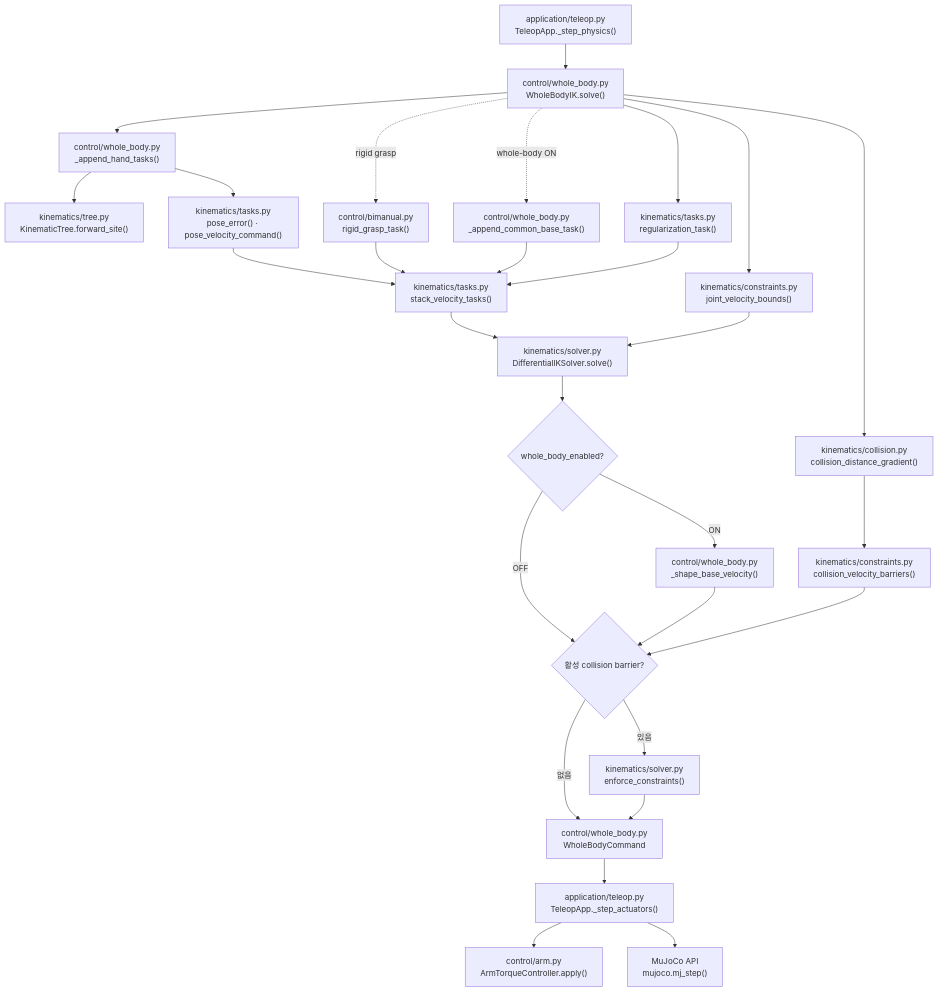
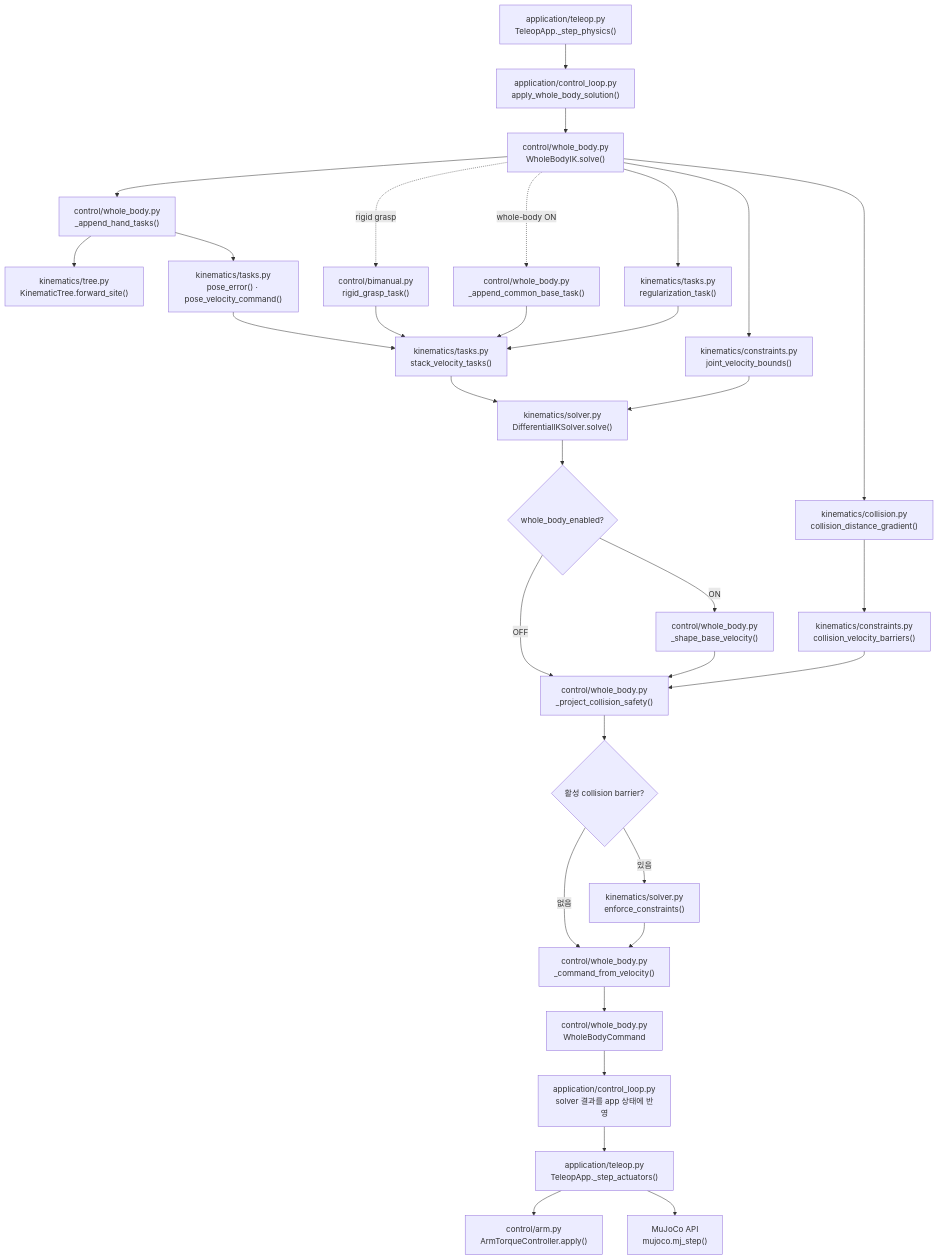
The diagram in docs/guide/whole_body_ik.md (Geonhee-LEE/aiworker-mj-lab), drawn with Mermaid before and after one commit. The commit also changed other lines of this file and 18 other files, not shown here.

````diff
--- a/docs/guide/whole_body_ik.md
+++ b/docs/guide/whole_body_ik.md
@@ -187,30 +189,34 @@
 ```mermaid
 flowchart TD
-    APP["application/teleop.py<br>TeleopApp._step_physics()"] --> SOLVE["control/whole_body.py<br>WholeBodyIK.solve()"]
+    APP["application/teleop.py<br>TeleopApp._step_physics()"] --> CALL["application/control_loop.py<br>apply_whole_body_solution()"]
+    CALL --> SOLVE["control/whole_body.py<br>WholeBodyIK.solve()"]
     SOLVE --> HAND["control/whole_body.py<br>_append_hand_tasks()"]
     HAND --> FK["kinematics/tree.py<br>KinematicTree.forward_site()"]
     HAND --> TASK["kinematics/tasks.py<br>pose_error() · pose_velocity_command()"]
     SOLVE -. rigid grasp .-> RIGID["control/bimanual.py<br>rigid_grasp_task()"]
     SOLVE -. whole-body ON .-> BASE["control/whole_body.py<br>_append_common_base_task()"]
     SOLVE --> REG["kinematics/tasks.py<br>regularization_task()"]
     TASK --> STACK["kinematics/tasks.py<br>stack_velocity_tasks()"]
     RIGID --> STACK
     BASE --> STACK
     REG --> STACK
     SOLVE --> BOUNDS["kinematics/constraints.py<br>joint_velocity_bounds()"]
     STACK --> NUM["kinematics/solver.py<br>DifferentialIKSolver.solve()"]
     BOUNDS --> NUM
     NUM --> WB{"whole_body_enabled?"}
     WB -->|ON| SHAPE["control/whole_body.py<br>_shape_base_velocity()"]
-    WB -->|OFF| ACTIVE
+    WB -->|OFF| PROJECT
     SOLVE --> COLL["kinematics/collision.py<br>collision_distance_gradient()"]
     COLL --> CBF["kinematics/constraints.py<br>collision_velocity_barriers()"]
-    SHAPE --> ACTIVE{"활성 collision barrier?"}
-    CBF --> ACTIVE
+    SHAPE --> PROJECT["control/whole_body.py<br>_project_collision_safety()"]
+    CBF --> PROJECT
+    PROJECT --> ACTIVE{"활성 collision barrier?"}
     ACTIVE -->|있음| SAFE["kinematics/solver.py<br>enforce_constraints()"]
-    ACTIVE -->|없음| CMD["control/whole_body.py<br>WholeBodyCommand"]
-    SAFE --> CMD
-    CMD --> ACT["application/teleop.py<br>TeleopApp._step_actuators()"]
+    ACTIVE -->|없음| BUILD["control/whole_body.py<br>_command_from_velocity()"]
+    SAFE --> BUILD
+    BUILD --> CMD["control/whole_body.py<br>WholeBodyCommand"]
+    CMD --> APPLY["application/control_loop.py<br>solver 결과를 app 상태에 반영"]
+    APPLY --> ACT["application/teleop.py<br>TeleopApp._step_actuators()"]
     ACT --> ARM["control/arm.py<br>ArmTorqueController.apply()"]
     ACT --> STEP["MuJoCo API<br>mujoco.mj_step()"]
 ```
````
